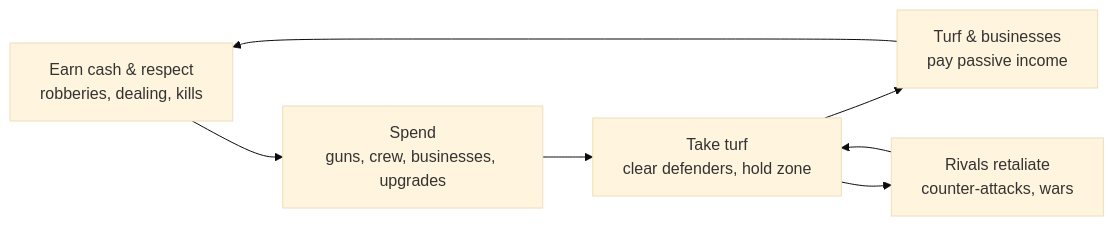
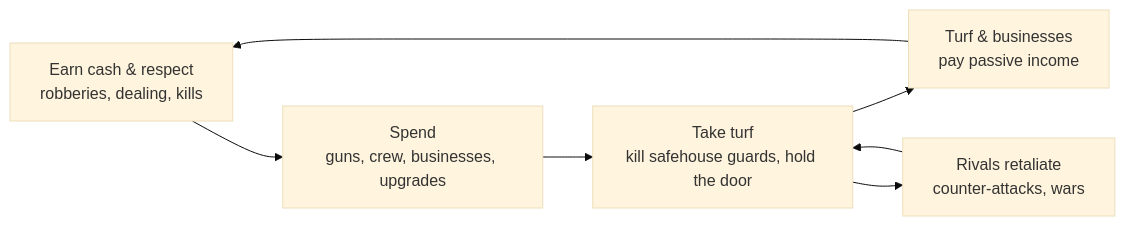
One commit to ncpawlak/streetlawgame changed the diagram in docs/GDD.md. Above: the diagram before and after it, drawn with Mermaid (base theme). The commit also changed other lines of this file and 57 other files, not shown here.

````diff
--- a/docs/GDD.md
+++ b/docs/GDD.md
@@ -20,9 +20,9 @@
 ```mermaid
 flowchart LR
     A[Earn cash & respect<br/>robberies, dealing, kills] --> B[Spend<br/>guns, crew, businesses, upgrades]
-    B --> C[Take turf<br/>clear defenders, hold zone]
+    B --> C[Take turf<br/>kill safehouse guards, hold the door]
     C --> D[Turf & businesses<br/>pay passive income]
     D --> A
     C --> E[Rivals retaliate<br/>counter-attacks, wars]
     E --> C
 ```
````
